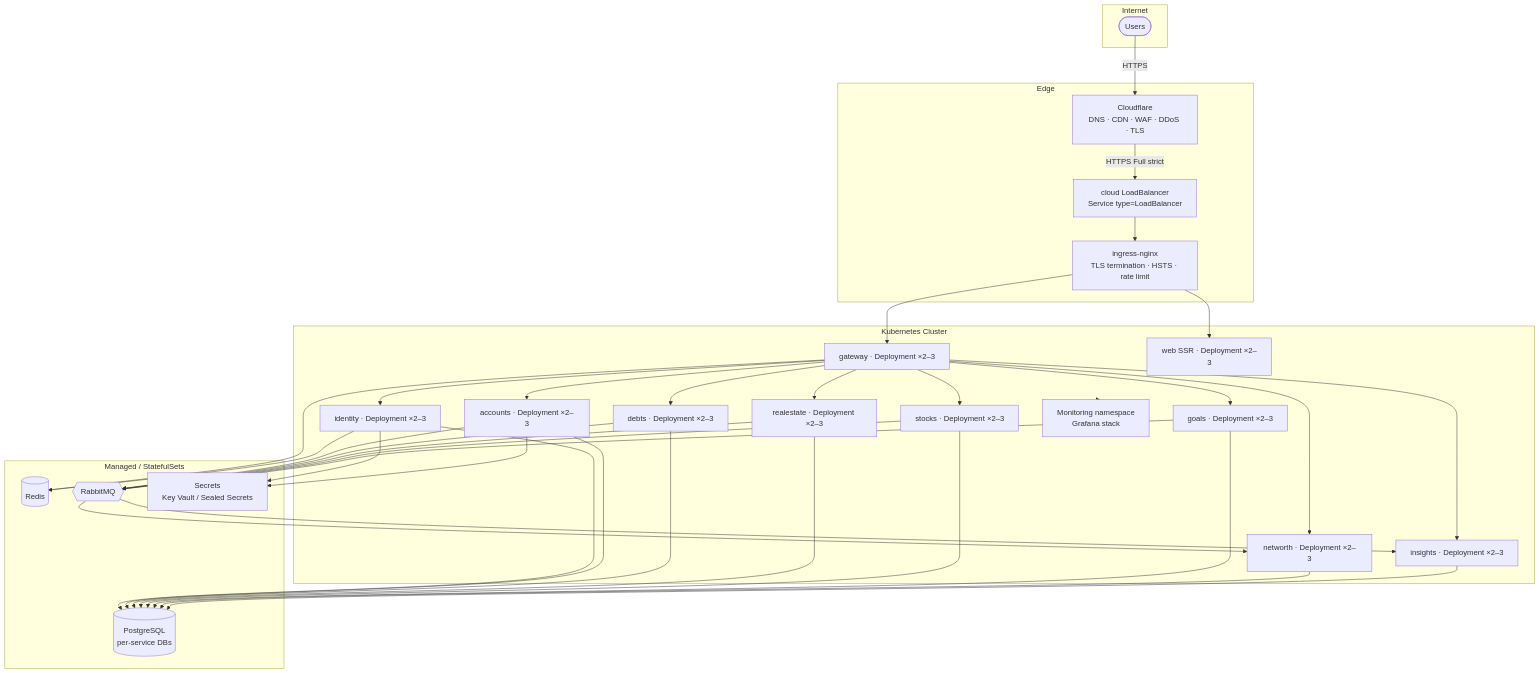
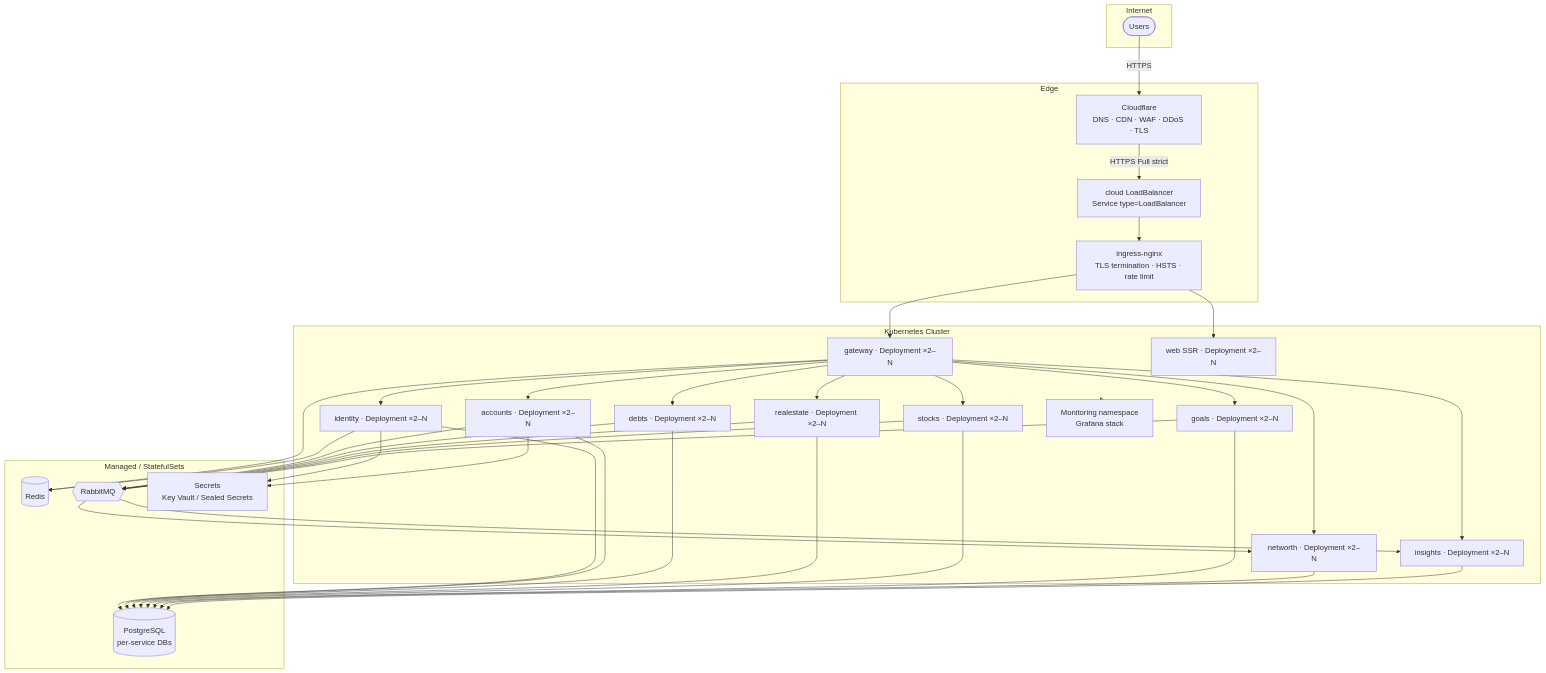
One commit to getdue-dev/getdue-docs changed the fourth of 4 diagrams in phase-0/01-architecture.md. Above: the diagram before and after it, drawn with Mermaid. The commit also changed other lines of this file and 17 other files, not shown here.

````diff
--- a/phase-0/01-architecture.md
+++ b/phase-0/01-architecture.md
@@ -196,43 +206,43 @@
 ```mermaid
 graph TB
     subgraph Internet
         U([Users])
     end
 
     subgraph Edge
         CF[Cloudflare\nDNS · CDN · WAF · DDoS · TLS]
         LB[cloud LoadBalancer\nService type=LoadBalancer]
         ING[ingress-nginx\nTLS termination · HSTS · rate limit]
     end
 
     subgraph K8s["Kubernetes Cluster"]
-        GWd[gateway · Deployment ×2–3]
-        AuthD[identity · Deployment ×2–3]
-        AcctD[accounts · Deployment ×2–3]
-        DebtD[debts · Deployment ×2–3]
-        PropD[realestate · Deployment ×2–3]
-        StkD[stocks · Deployment ×2–3]
-        GoalD[goals · Deployment ×2–3]
-        NWD[networth · Deployment ×2–3]
-        InsD[insights · Deployment ×2–3]
-        WebD[web SSR · Deployment ×2–3]
+        GWd[gateway · Deployment ×2–N]
+        AuthD[identity · Deployment ×2–N]
+        AcctD[accounts · Deployment ×2–N]
+        DebtD[debts · Deployment ×2–N]
+        PropD[realestate · Deployment ×2–N]
+        StkD[stocks · Deployment ×2–N]
+        GoalD[goals · Deployment ×2–N]
+        NWD[networth · Deployment ×2–N]
+        InsD[insights · Deployment ×2–N]
+        WebD[web SSR · Deployment ×2–N]
         MonNS[Monitoring namespace\nGrafana stack]
     end
 
     subgraph Managed["Managed / StatefulSets"]
         PG[(PostgreSQL\nper-service DBs)]
         RC[(Redis)]
         MQ{{RabbitMQ}}
         KV[Secrets\nKey Vault / Sealed Secrets]
     end
 
     U -->|HTTPS| CF -->|HTTPS Full strict| LB --> ING
     ING --> WebD
     ING --> GWd
     GWd --> AuthD & AcctD & DebtD & PropD & StkD & GoalD & NWD & InsD
     AuthD & AcctD & DebtD & PropD & StkD & GoalD & NWD & InsD --> PG
     GWd & AuthD --> RC
     AcctD & DebtD & PropD & StkD & GoalD --> MQ --> NWD & InsD
     AuthD & AcctD --> KV
     K8s --> MonNS
 ```
````
